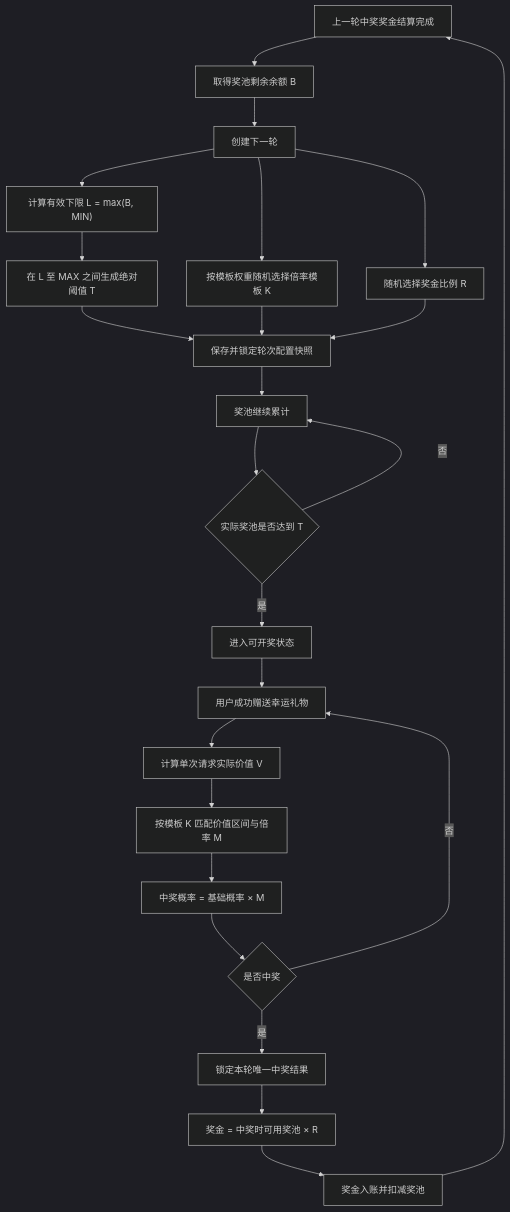
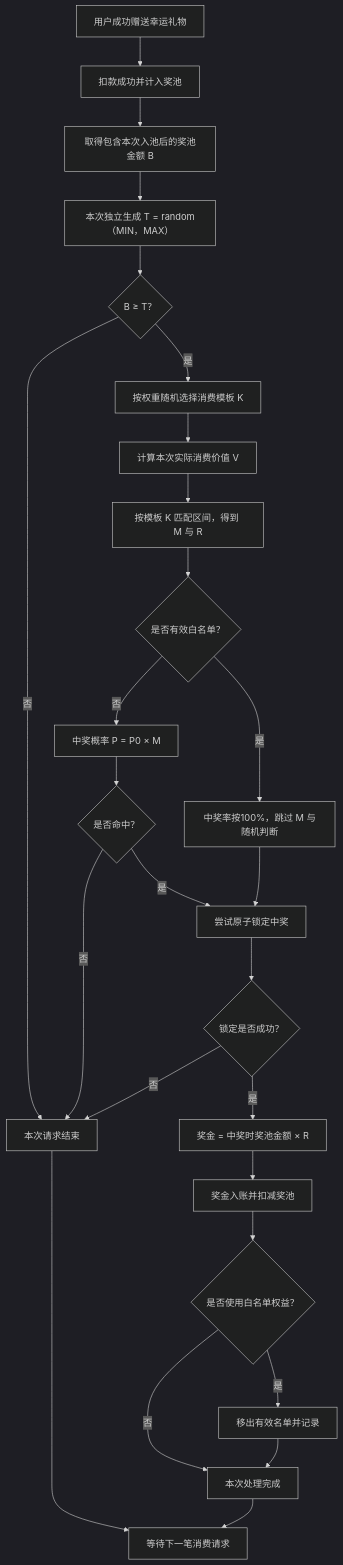
Before and after one commit to lxw13000/sano-pm: the first of 2 diagrams in sano jackpot中奖/需求文档/Jackpot随机中奖机制优化需求文档.md, drawn with Mermaid (dark theme). The commit also changed other lines of this file and 25 other files, not shown here.

````diff
--- a/sano jackpot中奖/需求文档/Jackpot随机中奖机制优化需求文档.md
+++ b/sano jackpot中奖/需求文档/Jackpot随机中奖机制优化需求文档.md
@@ -98,26 +83,28 @@
 ```mermaid
 flowchart TD
-    SettlePrevious["上一轮中奖奖金结算完成"] --> Balance["取得奖池剩余余额 B"]
-    Balance --> CreateRound["创建下一轮"]
-    CreateRound --> Lower["计算有效下限 L = max(B, MIN)"]
-    Lower --> Threshold["在 L 至 MAX 之间生成绝对阈值 T"]
-    CreateRound --> Template["按模板权重随机选择倍率模板 K"]
-    CreateRound --> RewardRatio["随机选择奖金比例 R"]
-    Threshold --> Snapshot["保存并锁定轮次配置快照"]
-    Template --> Snapshot
-    RewardRatio --> Snapshot
-    Snapshot --> Accumulate["奖池继续累计"]
-    Accumulate --> Reach{"实际奖池是否达到 T"}
-    Reach -->|"否"| Accumulate
-    Reach -->|"是"| Drawable["进入可开奖状态"]
-    Drawable --> Gift["用户成功赠送幸运礼物"]
-    Gift --> Value["计算单次请求实际价值 V"]
-    Value --> Match["按模板 K 匹配价值区间与倍率 M"]
-    Match --> Probability["中奖概率 = 基础概率 × M"]
-    Probability --> Hit{"是否中奖"}
-    Hit -->|"否"| Gift
-    Hit -->|"是"| Lock["锁定本轮唯一中奖结果"]
-    Lock --> Prize["奖金 = 中奖时可用奖池 × R"]
+    Gift["用户成功赠送幸运礼物"] --> Pool["扣款成功并计入奖池"]
+    Pool --> Balance["取得包含本次入池后的奖池金额 B"]
+    Balance --> Threshold["本次独立生成 T = random（MIN，MAX）"]
+    Threshold --> Reach{"B ≥ T？"}
+    Reach -->|否| End["本次请求结束"]
+    Reach -->|是| Template["按权重随机选择消费模板 K"]
+    Template --> Value["计算本次实际消费价值 V"]
+    Value --> Match["按模板 K 匹配区间，得到 M 与 R"]
+    Match --> White{"是否有效白名单？"}
+    White -->|是| Direct["中奖率按100%，跳过 M 与随机判断"]
+    White -->|否| Probability["中奖概率 P = P0 × M"]
+    Probability --> Hit{"是否命中？"}
+    Hit -->|否| End
+    Hit -->|是| Lock["尝试原子锁定中奖"]
+    Direct --> Lock
+    Lock --> Locked{"锁定是否成功？"}
+    Locked -->|否| End
+    Locked -->|是| Prize["奖金 = 中奖时奖池金额 × R"]
     Prize --> Settle["奖金入账并扣减奖池"]
-    Settle --> SettlePrevious
+    Settle --> Used{"是否使用白名单权益？"}
+    Used -->|是| Remove["移出有效名单并记录"]
+    Used -->|否| Complete["本次处理完成"]
+    Remove --> Complete
+    End --> Next["等待下一笔消费请求"]
+    Complete --> Next
 ```
````
